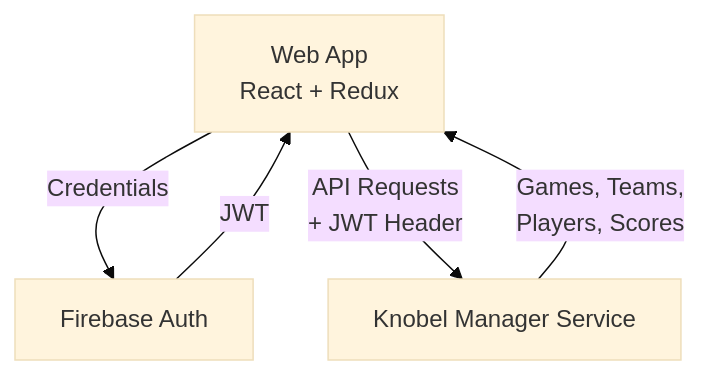
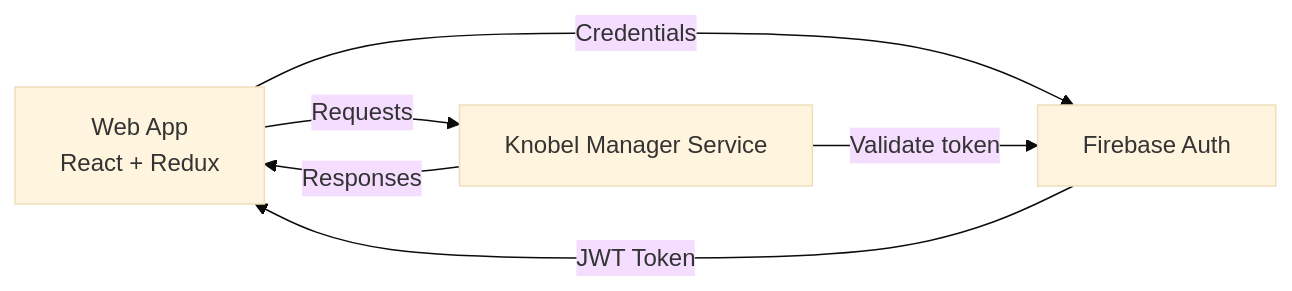
Before and after one commit to henok321/knobel-manager-app: the diagram in README.md, drawn with Mermaid (base theme). The commit also changed 1 other file, not shown here.

````diff
--- a/README.md
+++ b/README.md
@@ -13,7 +13,8 @@
 ```mermaid
-graph TD
+graph LR
     Web-App[Web App<br/>React + Redux] -->|Credentials| Auth[Firebase Auth]
-    Auth -->|JWT| Web-App
-    Web-App -->|API Requests<br/>+ JWT Header| Backend[Knobel Manager Service]
-    Backend -->|Games, Teams,<br/>Players, Scores| Web-App
+    Auth -->|JWT Token| Web-App
+    Web-App -->|Requests| Backend[Knobel Manager Service]
+    Backend -->|Responses| Web-App
+    Backend -->|Validate token| Auth
 ```
````
